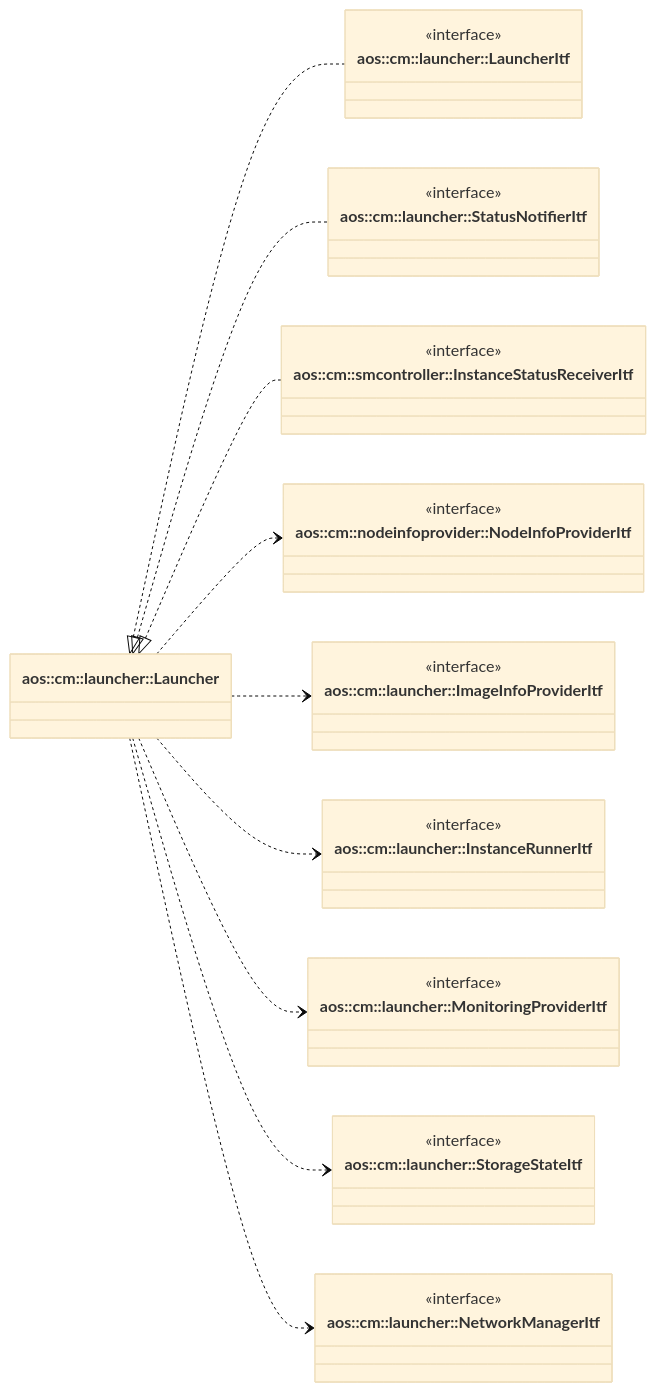
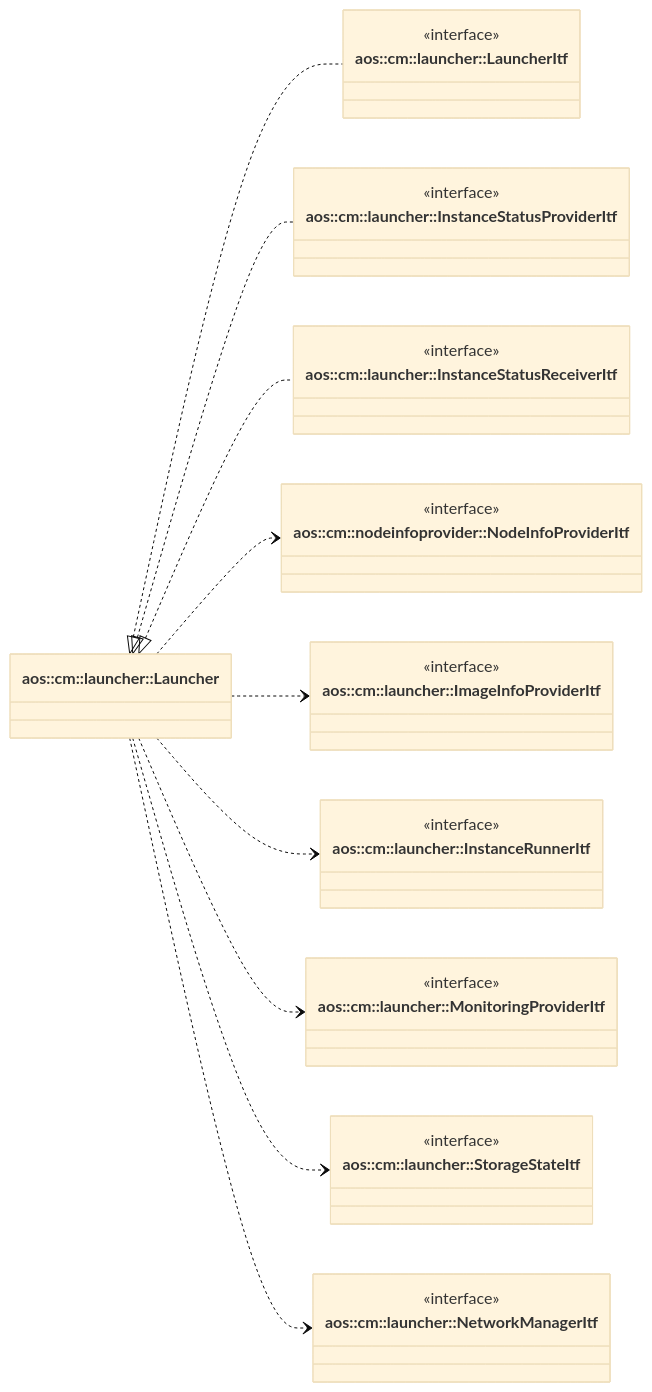
One commit to aosedge/aos_core_lib_cpp changed the first of 4 diagrams in src/core/cm/launcher/launcher.md. Above: the diagram before and after it, drawn with Mermaid (base theme). The commit also changed other lines of this file and 6 other files, not shown here.

Commit message:
cm: launcher: move InstanceStatusReceiverItf to launcher

````diff
--- a/src/core/cm/launcher/launcher.md
+++ b/src/core/cm/launcher/launcher.md
@@ -26,53 +27,53 @@
 ```mermaid
 classDiagram
     direction LR
 
     class Launcher["aos::cm::launcher::Launcher"] {
     }
 
     class LauncherItf["aos::cm::launcher::LauncherItf"] {
         <<interface>>
     }
 
-    class StatusNotifierItf["aos::cm::launcher::StatusNotifierItf"] {
+    class InstanceStatusProviderItf["aos::cm::launcher::InstanceStatusProviderItf"] {
         <<interface>>
     }
 
-    class InstanceStatusReceiverItf["aos::cm::smcontroller::InstanceStatusReceiverItf"] {
+    class InstanceStatusReceiverItf["aos::cm::launcher::InstanceStatusReceiverItf"] {
         <<interface>>
     }
 
     class NodeInfoProviderItf["aos::cm::nodeinfoprovider::NodeInfoProviderItf"] {
         <<interface>>
     }
 
     class ImageInfoProviderItf ["aos::cm::launcher::ImageInfoProviderItf"] {
         <<interface>>
     }
 
     class InstanceRunnerItf ["aos::cm::launcher::InstanceRunnerItf"] {
         <<interface>>
     }
 
     class MonitoringProviderItf ["aos::cm::launcher::MonitoringProviderItf"] {
         <<interface>>
     }
 
     class NetworkManagerItf ["aos::cm::launcher::NetworkManagerItf"] {
         <<interface>>
     }
 
     class StorageStateItf ["aos::cm::launcher::StorageStateItf"] {
         <<interface>>
     }
 
     Launcher <|.. LauncherItf
-    Launcher <|.. StatusNotifierItf
+    Launcher <|.. InstanceStatusProviderItf
     Launcher <|.. InstanceStatusReceiverItf
     Launcher ..> NodeInfoProviderItf
     Launcher ..> ImageInfoProviderItf
     Launcher ..> InstanceRunnerItf
     Launcher ..> MonitoringProviderItf
     Launcher ..> StorageStateItf
     Launcher ..> NetworkManagerItf
 ```
````
